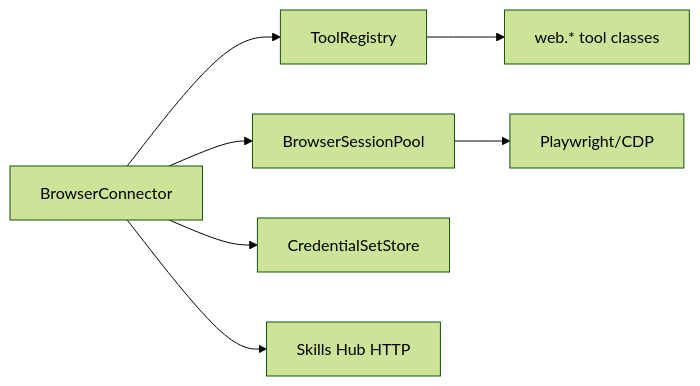
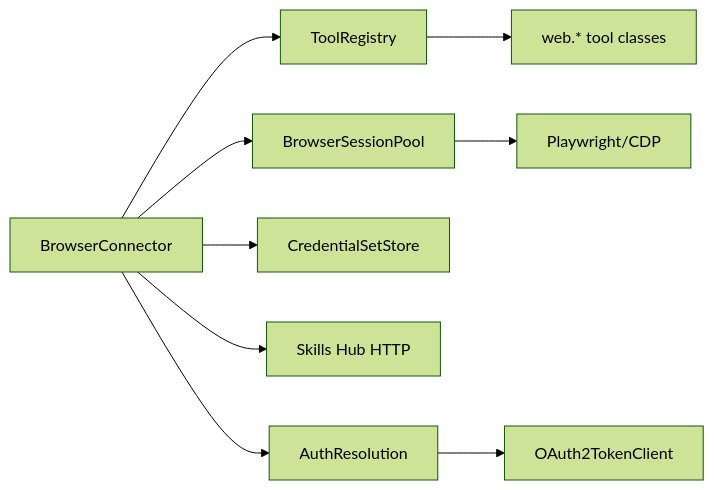
One commit to alainlei/luban-aiops changed the seventh of 7 diagrams in .qoder/repowiki/en/content/Core Services/Tool Gateway/Built-in Tool Connectors/Browser Connector.md. Above: the diagram before and after it, drawn with Mermaid (forest theme). The commit also changed other lines of this file and 93 other files, not shown here.

````diff
--- a/.qoder/repowiki/en/content/Core Services/Tool Gateway/Built-in Tool Connectors/Browser Connector.md
+++ b/.qoder/repowiki/en/content/Core Services/Tool Gateway/Built-in Tool Connectors/Browser Connector.md
@@ -403,9 +502,11 @@
 ```mermaid
 graph LR
 BC["BrowserConnector"] --> REG["ToolRegistry"]
 BC --> SP["BrowserSessionPool"]
 BC --> CS["CredentialSetStore"]
 BC --> SH["Skills Hub HTTP"]
+BC --> AR["AuthResolution"]
+AR --> OC["OAuth2TokenClient"]
 SP --> PW["Playwright/CDP"]
 REG --> Tools["web.* tool classes"]
 ```
````
